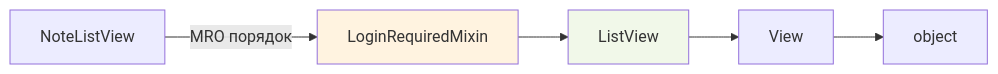
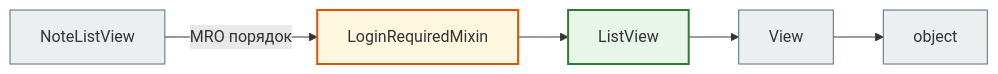
One commit to NikoriakViktot/notes_chat_app changed the seventh of 10 diagrams in docs/02_django_core/views_full.md. Above: the diagram before and after it, drawn with Mermaid. The commit also changed other lines of this file and 441 other files, not shown here.

First line of the commit message:
Add English version of the book, Mermaid standard, docs fixes

````diff
--- a/docs/02_django_core/views_full.md
+++ b/docs/02_django_core/views_full.md
@@ -744,10 +778,15 @@
 ```mermaid
 graph LR
     A["NoteListView"] -->|MRO порядок| B["LoginRequiredMixin"]
     B --> C["ListView"]
     C --> D["View"]
     D --> E["object"]
 
-    style B fill:#fff3e0
-    style C fill:#f1f8e9
+    classDef step     fill:#eceff1,stroke:#546e7a,stroke-width:1px;
+    classDef success  fill:#e8f5e9,stroke:#2e7d32,stroke-width:2px;
+    classDef warning  fill:#fff8e1,stroke:#e65100,stroke-width:2px;
+
+    class A,D,E step;
+    class C success;
+    class B warning;
 ```
````
